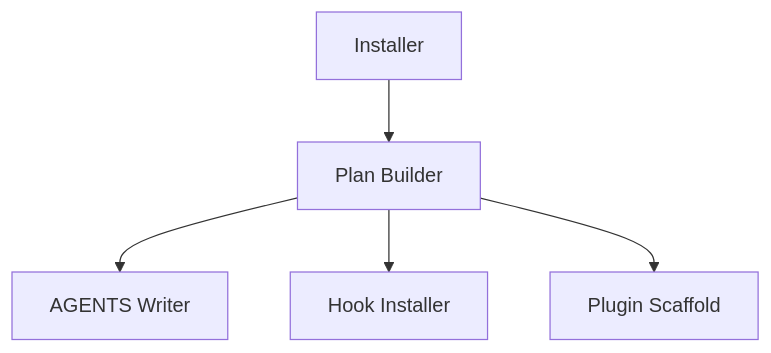
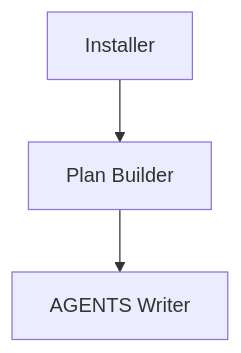
Before and after one commit to easel/dun: the second of 2 diagrams in docs/design/solution-designs/SD-003-install.md, drawn with Mermaid. The commit also changed other lines of this file and 4 other files, not shown here.

````diff
--- a/docs/design/solution-designs/SD-003-install.md
+++ b/docs/design/solution-designs/SD-003-install.md
@@ -120,7 +105,5 @@
 ```mermaid
 graph TD
     Install[Installer] --> Plan[Plan Builder]
     Plan --> Agents[AGENTS Writer]
-    Plan --> Hooks[Hook Installer]
-    Plan --> Plugins[Plugin Scaffold]
 ```
````
